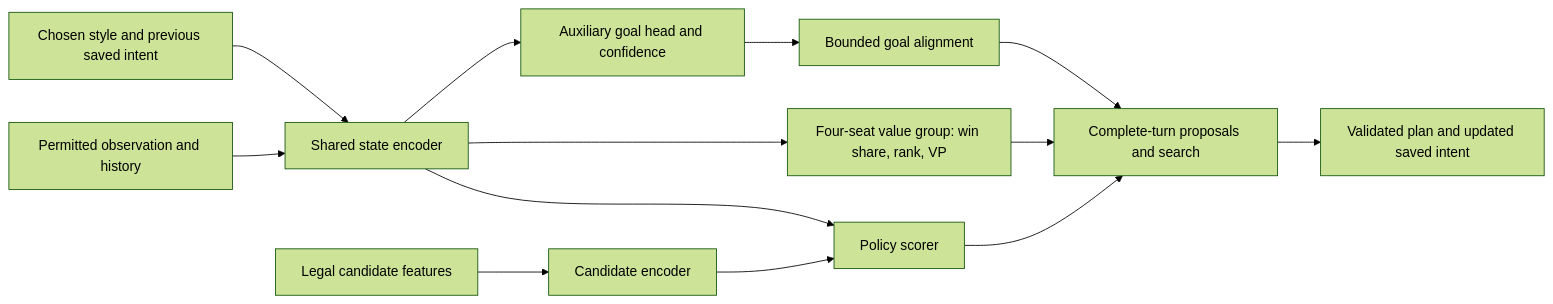
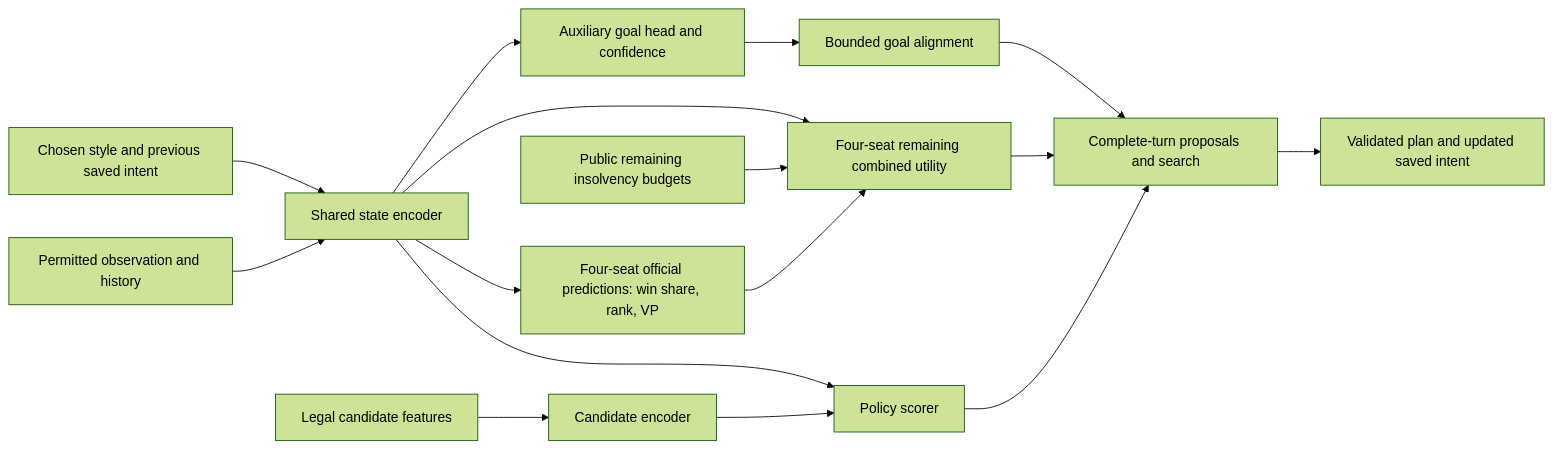
One commit to riverside234/brass-ai changed the diagram in ai-research/PERSONALITIES_AND_DIFFICULTY_PLAN.md. Above: the diagram before and after it, drawn with Mermaid (forest theme). The commit also changed other lines of this file and 51 other files, not shown here.

````diff
--- a/ai-research/PERSONALITIES_AND_DIFFICULTY_PLAN.md
+++ b/ai-research/PERSONALITIES_AND_DIFFICULTY_PLAN.md
@@ -92,15 +116,18 @@
 ```mermaid
 flowchart LR
     O[Permitted observation and history] --> E[Shared state encoder]
     Z[Chosen style and previous saved intent] --> E
     A[Legal candidate features] --> C[Candidate encoder]
     E --> P[Policy scorer]
     C --> P
-    E --> V[Four-seat value group: win share, rank, VP]
+    E --> V[Four-seat official predictions: win share, rank, VP]
+    E --> U[Four-seat remaining combined utility]
+    R[Public remaining insolvency budgets] --> U
+    V --> U
     E --> G[Auxiliary goal head and confidence]
     P --> S[Complete-turn proposals and search]
     G --> B[Bounded goal alignment]
     B --> S
-    V --> S
+    U --> S
     S --> D[Validated plan and updated saved intent]
 ```
````
